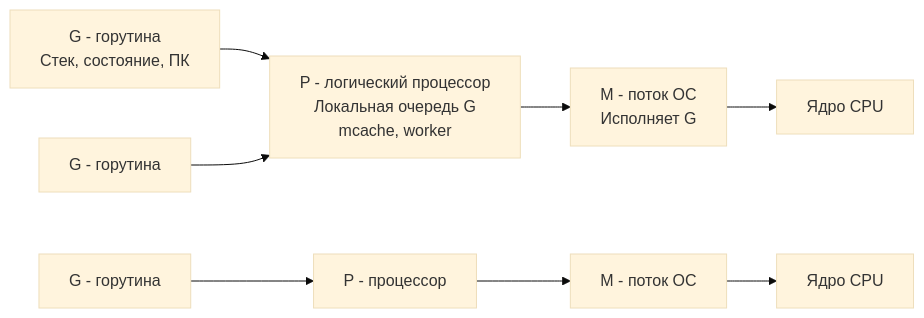
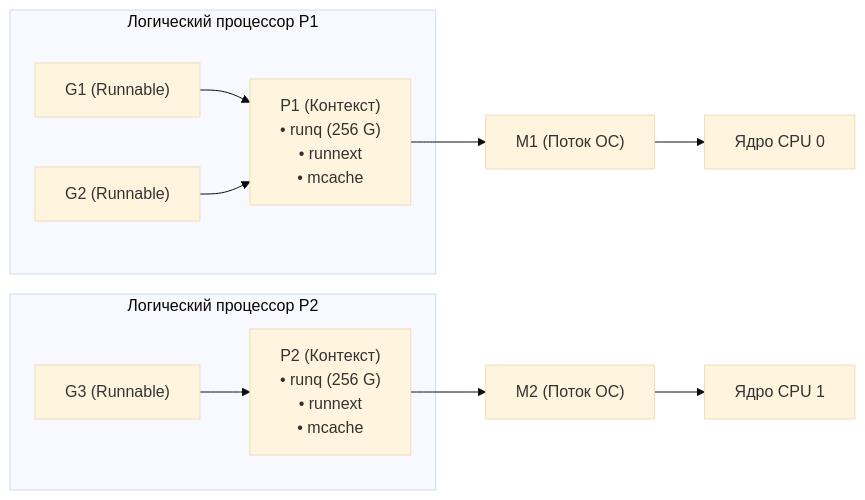
One commit to UnrealTemplier/go-textbook changed the first of 3 diagrams in sources/16. Профилирование, отладка и производительность/06. Конкурентность/1. Scheduler Go. G-M-P модель.md. Above: the diagram before and after it, drawn with Mermaid (base theme). The commit also changed other lines of this file, not shown here.

````diff
--- a/sources/16. Профилирование, отладка и производительность/06. Конкурентность/1. Scheduler Go. G-M-P модель.md
+++ b/sources/16. Профилирование, отладка и производительность/06. Конкурентность/1. Scheduler Go. G-M-P модель.md
@@ -19,10 +23,19 @@
 ```mermaid
 flowchart LR
-    G1["G - горутина<br>Стек, состояние, ПК"] --> P1["P - логический процессор<br>Локальная очередь G<br>mcache, worker"]
-    G2["G - горутина"] --> P1
-    P1 --> M1["M - поток ОС<br>Исполняет G"]
-    M1 --> CPU["Ядро CPU"]
-    G3["G - горутина"] --> P2["P - процессор"]
-    P2 --> M2["M - поток ОС"]
-    M2 --> CPU2["Ядро CPU"]
+    subgraph P1_Group ["Логический процессор P1"]
+        P1["P1 (Контекст)<br/>• runq (256 G)<br/>• runnext<br/>• mcache"]
+        G1["G1 (Runnable)"] --> P1
+        G2["G2 (Runnable)"] --> P1
+    end
+
+    subgraph P2_Group ["Логический процессор P2"]
+        P2["P2 (Контекст)<br/>• runq (256 G)<br/>• runnext<br/>• mcache"]
+        G3["G3 (Runnable)"] --> P2
+    end
+
+    P1 --> M1["M1 (Поток ОС)"]
+    P2 --> M2["M2 (Поток ОС)"]
+
+    M1 --> CPU1["Ядро CPU 0"]
+    M2 --> CPU2["Ядро CPU 1"]
 ```
````
